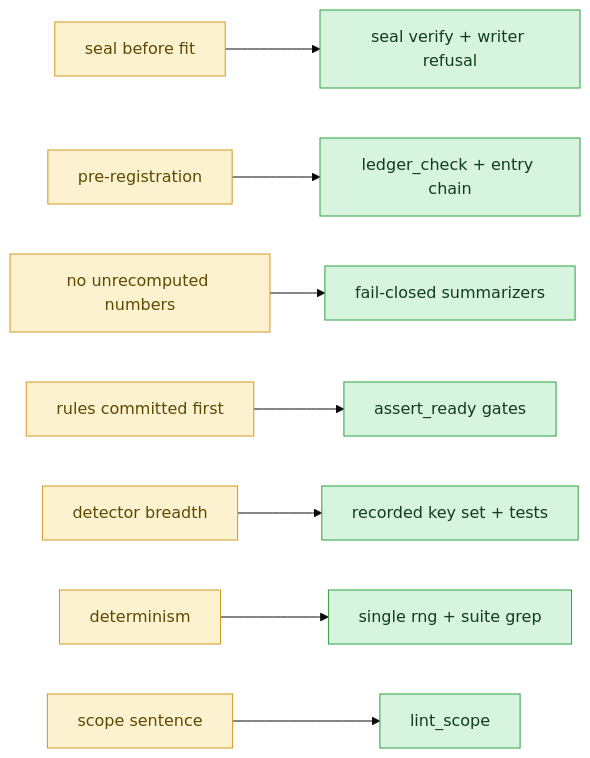
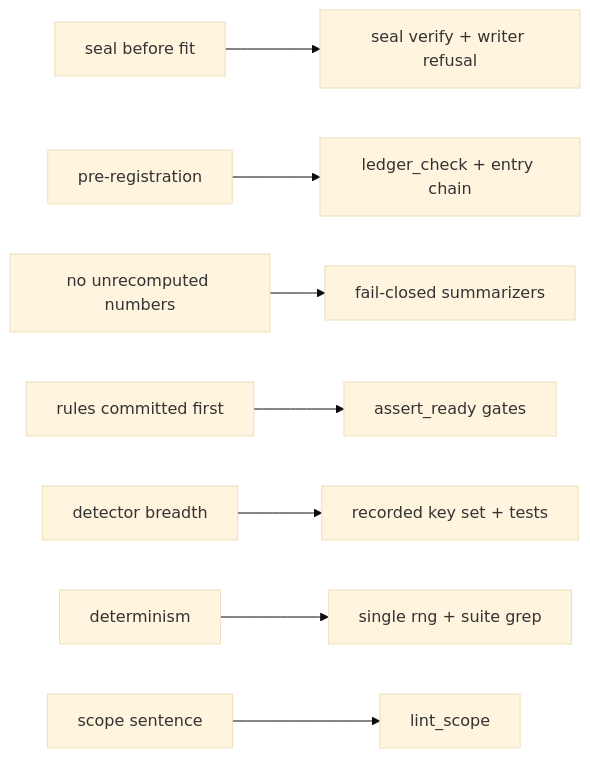
One commit to hossainpazooki/linear-ceiling changed the fourth of 7 diagrams in README.md. Above: the diagram before and after it, drawn with Mermaid (base theme). The commit also changed other lines of this file and 5 other files, not shown here.

Commit message:
docs: E0 scoping caveat in background; staleness audit across living docs; leaner diagram palette

````diff
--- a/README.md
+++ b/README.md
@@ -151,14 +143,10 @@
 ```mermaid
 flowchart LR
     I1[seal before fit] --> C1[seal verify + writer refusal]
     I2[pre-registration] --> C2[ledger_check + entry chain]
     I3[no unrecomputed numbers] --> C3[fail-closed summarizers]
     I4[rules committed first] --> C4[assert_ready gates]
     I5[detector breadth] --> C5[recorded key set + tests]
     I6[determinism] --> C6[single rng + suite grep]
     I7[scope sentence] --> C7[lint_scope]
-    classDef rule fill:#fdf2d0,stroke:#d29922,color:#5c4a00;
-    classDef check fill:#d7f4de,stroke:#2ea043,color:#0f3d1e;
-    class I1,I2,I3,I4,I5,I6,I7 rule;
-    class C1,C2,C3,C4,C5,C6,C7 check;
 ```
````
